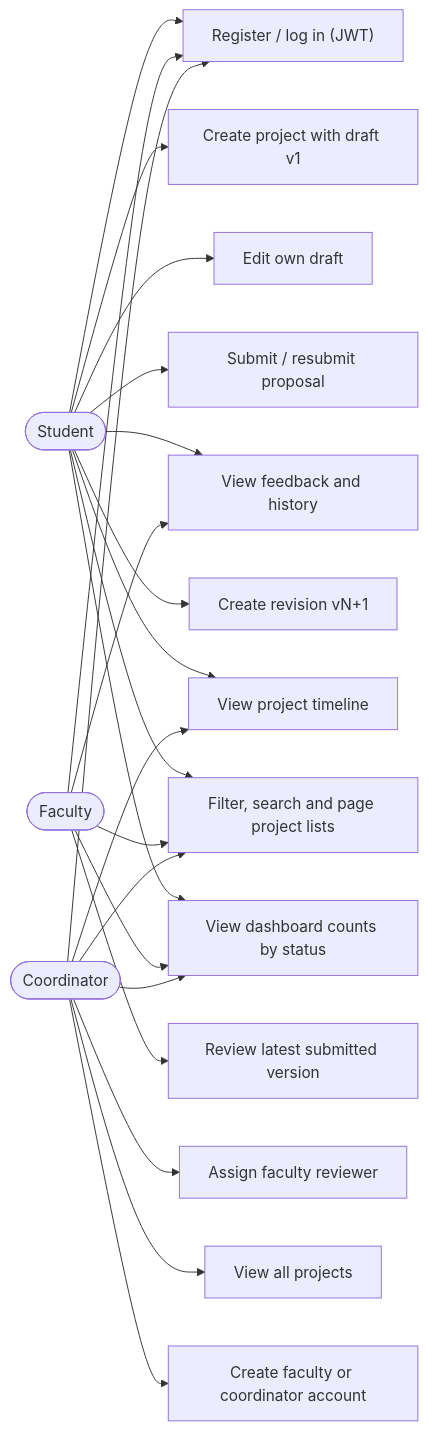
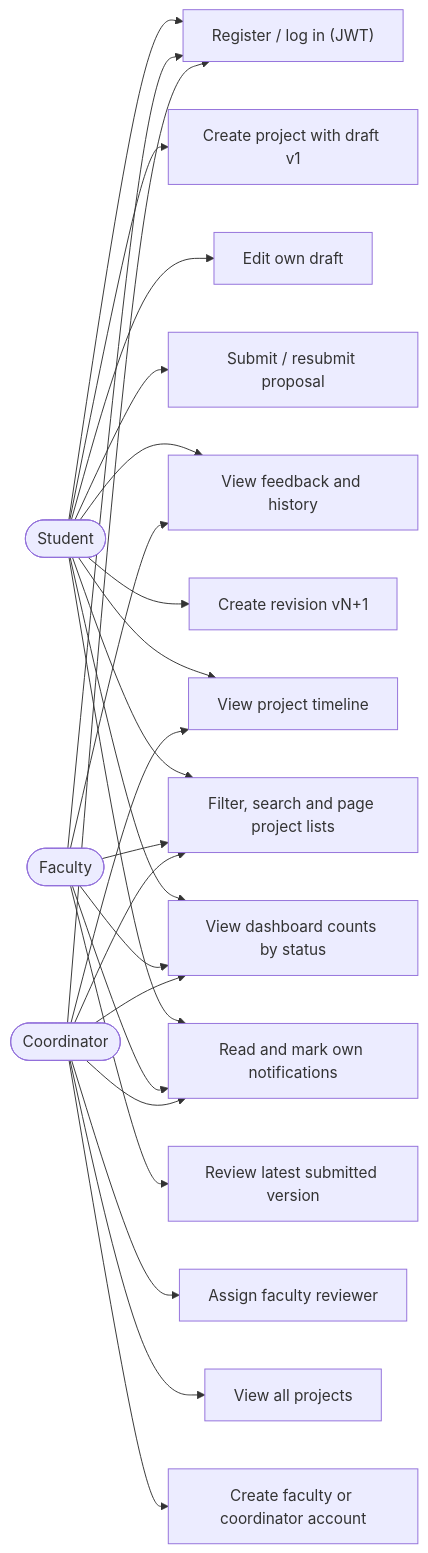
One commit to udita-0707/Prastaav changed the first of 11 diagrams in docs/diagrams.md. Above: the diagram before and after it, drawn with Mermaid. The commit also changed 1 other file, not shown here.

Commit message:
docs(notification): notification inbox use case

````diff
--- a/docs/diagrams.md
+++ b/docs/diagrams.md
@@ -9,22 +9,23 @@
 ```mermaid
 flowchart LR
   Student([Student])
   Faculty([Faculty])
   Coordinator([Coordinator])
   UC1["Register / log in (JWT)"]
   UC2["Create project with draft v1"]
   UC3["Edit own draft"]
   UC4["Submit / resubmit proposal"]
   UC5["View feedback and history"]
   UC6["Create revision vN+1"]
   UC7["Assign faculty reviewer"]
   UC8["Review latest submitted version"]
   UC9["View project timeline"]
   UC10["View all projects"]
   UC11["Filter, search and page project lists"]
   UC12["View dashboard counts by status"]
   UC13["Create faculty or coordinator account"]
-  Student --> UC1 & UC2 & UC3 & UC4 & UC5 & UC6 & UC9 & UC11 & UC12
-  Faculty --> UC1 & UC8 & UC5 & UC11 & UC12
-  Coordinator --> UC1 & UC7 & UC10 & UC9 & UC11 & UC12 & UC13
+  UC14["Read and mark own notifications"]
+  Student --> UC1 & UC2 & UC3 & UC4 & UC5 & UC6 & UC9 & UC11 & UC12 & UC14
+  Faculty --> UC1 & UC8 & UC5 & UC11 & UC12 & UC14
+  Coordinator --> UC1 & UC7 & UC10 & UC9 & UC11 & UC12 & UC13 & UC14
 ```
````
